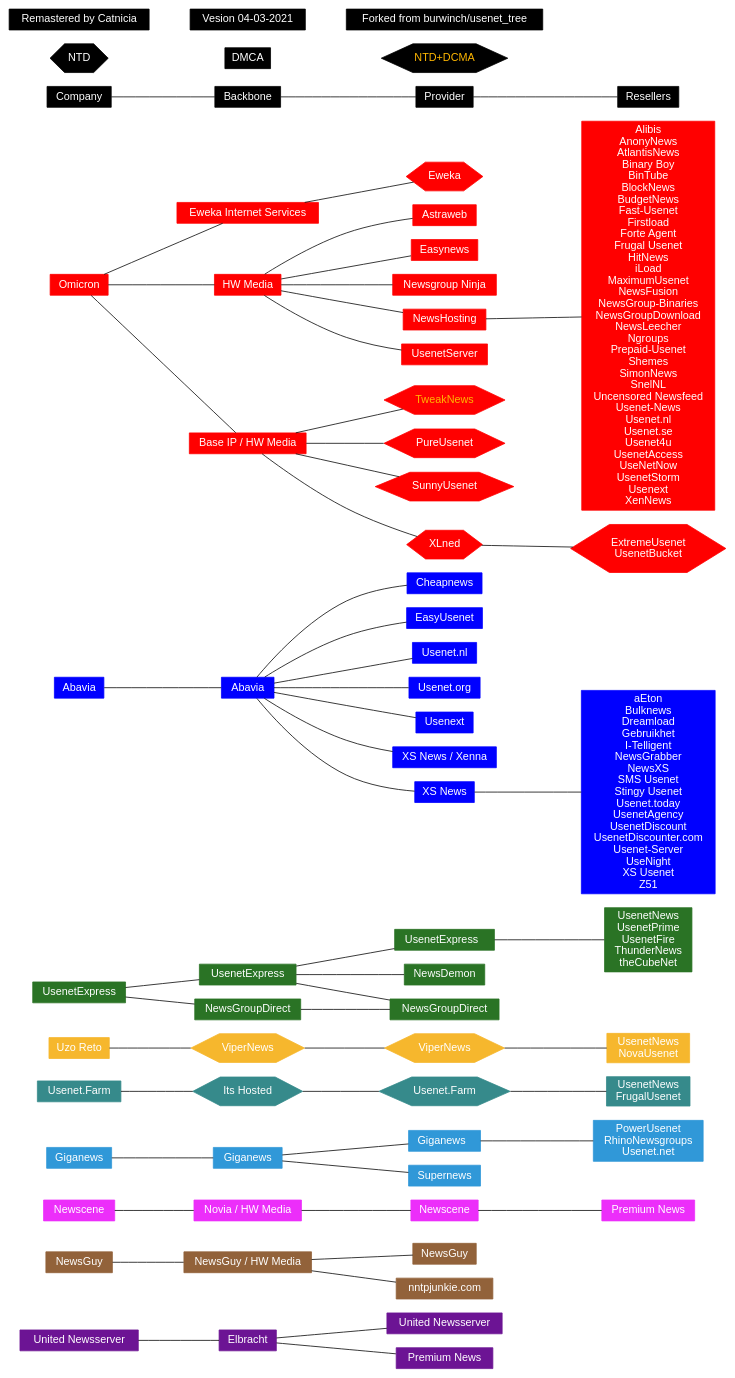
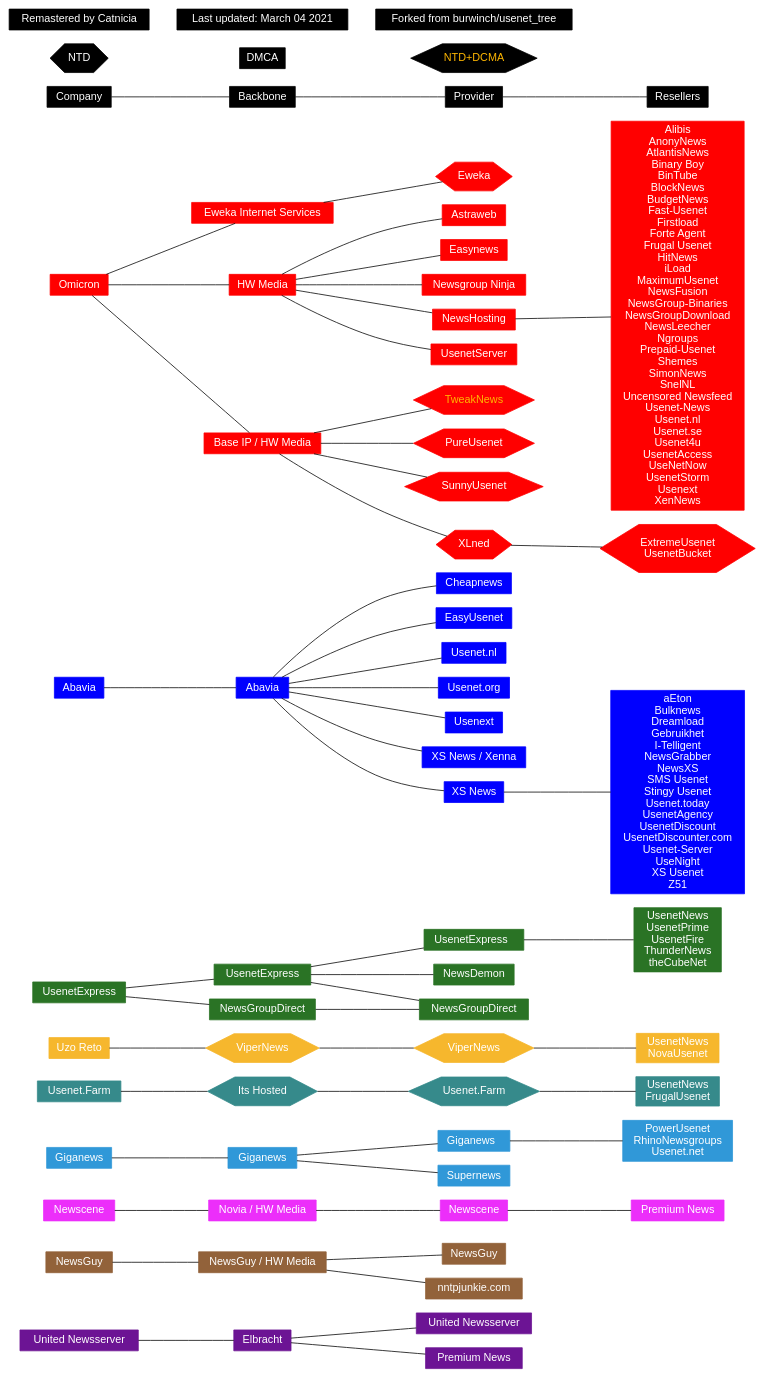
Before and after one commit to hassonipulus/usenet_tree: the diagram in graph.gv, drawn with Graphviz.

Commit message:
Update graph.gv
Fix date format

```diff
--- a/graph.gv
+++ b/graph.gv
@@ -1,115 +1,81 @@
 
 # https://edotor.net/
 graph graphname {
 bgcolor=white  	#background color
 rankdir=LR 		#direction of graph, eg LR is Left-to-Right ,TB is Top-to-Bottom
 node [shape = box  style=filled fontcolor=white height=.37 fontname=Helvetica] #these effect everything below unless overridden by another "node[]" statement
 edge [color=black] #the edge is the lines between company/backbone/provider reseller
 
     node [color="#6c1494"] #we change the colour of each company, eg omicron is "red"
 "United Newsserver " --	"Elbracht"
 "Elbracht" -- "United Newsserver"
 "Elbracht" -- "Premium News "
      
     node [color="#92623a"]
 "NewsGuy " -- "NewsGuy / HW Media" -- "NewsGuy"
 "NewsGuy / HW Media" -- "nntpjunkie.com"
 
     node [color="#ec2efa"]
 "Newscene " -- "Novia / HW Media" -- "Newscene" -- "Premium News"
  
     node [color="#3098d8"]
 "Giganews" --	"Giganews " -- "Giganews  "
 "Giganews " --	"Supernews"
 "Giganews  " --	"PowerUsenet\nRhinoNewsgroups\nUsenet.net"
 
     node [color="#368a8b"]
 "Usenet.Farm " -- {node[shape=hexagon]"Its Hosted"} -- {node[shape=hexagon]"Usenet.Farm"} -- "UsenetNews\nFrugalUsenet" #the "{node[shape=folder fontcolor=orange]"Usenet.Farm"}" is for marking something as NTD
  
     node [color="#f6b72d"]
 "Uzo Reto" -- {node[shape=hexagon]"ViperNews"} -- {node[shape=hexagon]"ViperNews "} -- " UsenetNews\nNovaUsenet"
  
     node [color="#2a7325"]
 "UsenetExpress" -- "UsenetExpress " -- "UsenetExpress  " -- "UsenetNews\nUsenetPrime\n UsenetFire\nThunderNews\n theCubeNet"
 "UsenetExpress " -- "NewsDemon"
 "UsenetExpress " -- "NewsGroupDirect "
 "UsenetExpress" -- "NewsGroupDirect" -- "NewsGroupDirect "
  
     node [color=blue]
 "Abavia" -- "Abavia " -- "Cheapnews"
 "Abavia " -- "EasyUsenet"
 "Abavia " -- "Usenet.nl"
 "Abavia " -- "Usenet.org"
 "Abavia " -- "Usenext"
 "Abavia " -- "XS News / Xenna"
 "Abavia " -- "XS News"
 "XS News" -- "aEton\nBulknews\nDreamload\nGebruikhet\nI-Telligent\nNewsGrabber\nNewsXS\nSMS Usenet\nStingy Usenet\nUsenet.today\nUsenetAgency\nUsenetDiscount\nUsenetDiscounter.com\nUsenet-Server\nUseNight\nXS Usenet\nZ51"
  
     node [color=red]
 "Omicron" --  "Eweka Internet Services" -- {node[shape=hexagon] Eweka}
 "Omicron" -- "HW Media"
 "HW Media" -- "Astraweb"
 "HW Media" -- "Easynews"
 "HW Media" -- "Newsgroup Ninja"
 "HW Media" -- "NewsHosting"
 "HW Media" -- "UsenetServer"
 "NewsHosting" -- "Alibis\nAnonyNews\nAtlantisNews\nBinary Boy\nBinTube\nBlockNews\nBudgetNews\nFast-Usenet\nFirstload\nForte Agent\nFrugal Usenet\nHitNews\niLoad\nMaximumUsenet\nNewsFusion\nNewsGroup-Binaries\nNewsGroupDownload\nNewsLeecher\nNgroups\nPrepaid-Usenet\nShemes\nSimonNews\nSnelNL\nUncensored Newsfeed\nUsenet-News\nUsenet.nl\nUsenet.se\nUsenet4u\nUsenetAccess\nUseNetNow\nUsenetStorm\nUsenext\nXenNews"
  
 "Omicron" -- "Base IP / HW Media"
 "Base IP / HW Media"
 node[shape=hexagon fontcolor="#ffb700"]
 "Base IP / HW Media" -- "TweakNews"
 node[fontcolor=white]
 "Base IP / HW Media" -- "PureUsenet"
 "Base IP / HW Media" -- "SunnyUsenet"
 "Base IP / HW Media" -- "XLned"
 "XLned" -- "ExtremeUsenet\nUsenetBucket"
 
     node [shape = box style="filled" color=black] 
 "Company" -- "Backbone" -- "Provider" -- "Resellers"
 	node[shape=hexagon fillcolor=black] edge [style=invis]
 "NTD"  
 node[shape=box]
 "NTD" -- "DMCA"
 
 	node[shape=hexagon fillcolor=black fontcolor="#ffb700"] edge [style=invis]
 "NTD"  -- "DMCA" -- "NTD+DCMA"
 node[shape = box fontcolor=white] edge [style=invis]
-"Remastered by Catnicia"--"Vesion 04-03-2021" -- "Forked from burwinch/usenet_tree"
+"Remastered by Catnicia"--"Last updated: March 04 2021" -- "Forked from burwinch/usenet_tree"
 
 
 }
-
-/*The " -- " symbol defiines a relationship between "parent -- child"
-
-Some companies/providers/backbones have the same name Eg Altopia_company_ serves Altopia_backbone
-who then serves Altopia_provider, because they all have to have unique names I just added some extra spaces
-at the end eg "Altopia" -- "Altopia " -- "Altoipia  "
-
-
-To generate an updated version it's all doable in your browser and we've kept it fairly simple.
-
-https://edotor.net/ is probably where you're viewing this from.
-
-As you edit the left text you'll see, in real time, the changes made on the right side.
-
-Importantly when you're done editing, in the top-left click the "Download" button, select SVG.
-
-Woopdidoo, you now have downloaded an updated tree diagram.
-
-Also importantly, in the top right corner click "Copy Share Link". Now you can share this link 
-for people to resume where ever you left off editing.
-
-
-The rest is fairly self explanitory. 
-
-For the non-programmers:
-
-The " -- " symbol defiines a relationship between "parent -- child"
-
-Curly braces "{}" constrict code to within the braces eg. "{node[shape=folder fontcolor=orange] Eweka}" the "shape" and "fontcolor" only effects "Eweka" because it's the only thing contained within the curly braces
-
-"\n" does a new line, eg "UsenetNews\nUsenetPrime\n UsenetFire" puts each reseller on a new line
-
-"#" is a comment which doesn't effect the code, effects from "#" til the end of the line
-*/
```
